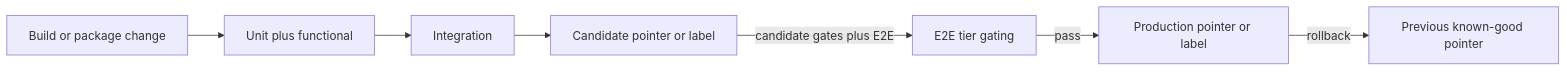
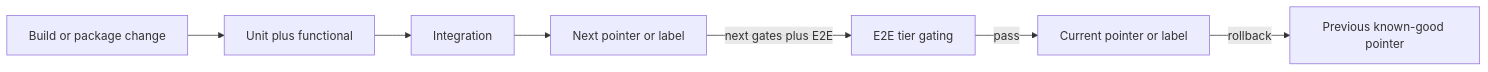
Before and after one commit to elastic/oblt-aw: the second of 2 diagrams in docs/architecture/agentic-workflow-testing-platform.md, drawn with Mermaid. The commit also changed other lines of this file and 10 other files, not shown here.

First line of the commit message:
refactor(release): rename pointers to current/next/previous

````diff
--- a/docs/architecture/agentic-workflow-testing-platform.md
+++ b/docs/architecture/agentic-workflow-testing-platform.md
@@ -138,13 +138,13 @@
 ```mermaid
 flowchart LR
   Build[Build or package change]
   L1[Unit plus functional]
   L2[Integration]
-  Cand[Candidate pointer or label]
+  Cand[Next pointer or label]
   L3[E2E tier gating]
-  Prod[Production pointer or label]
+  Prod[Current pointer or label]
   Build --> L1 --> L2 --> Cand
-  Cand -->|candidate gates plus E2E| L3
+  Cand -->|next gates plus E2E| L3
   L3 -->|pass| Prod
   Prod -->|rollback| Prev[Previous known-good pointer]
 ```
````
